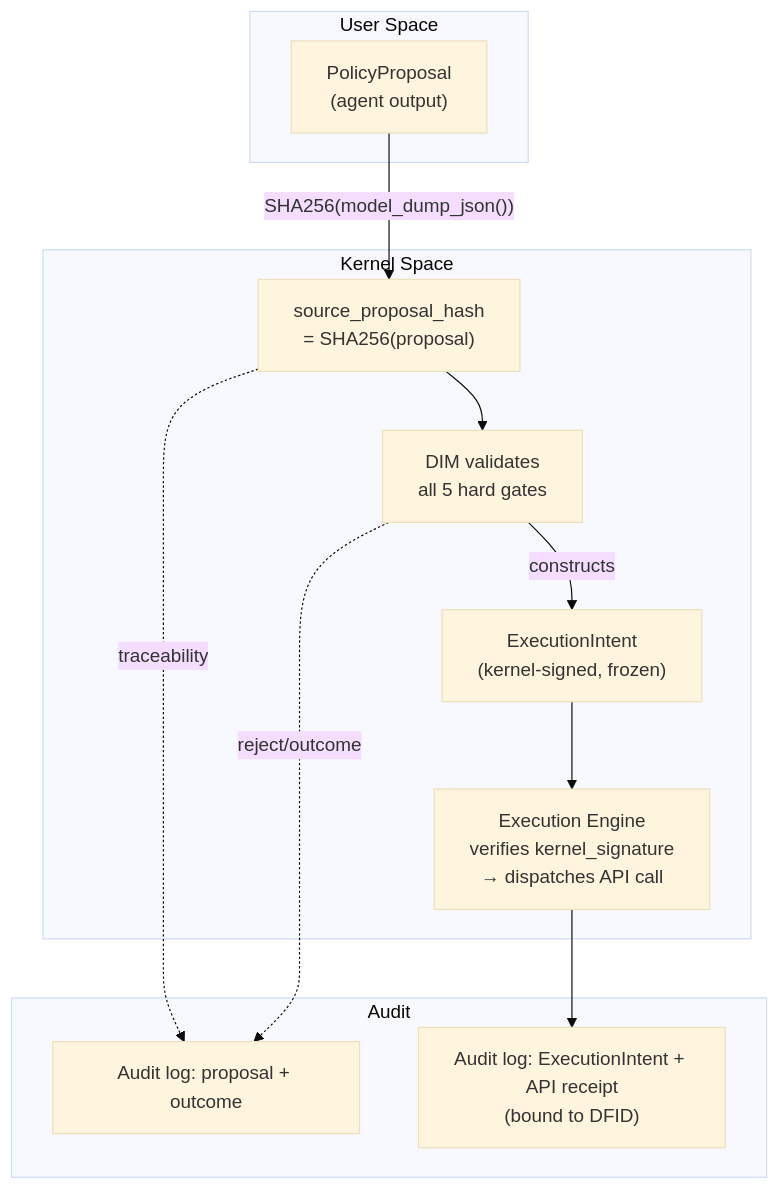
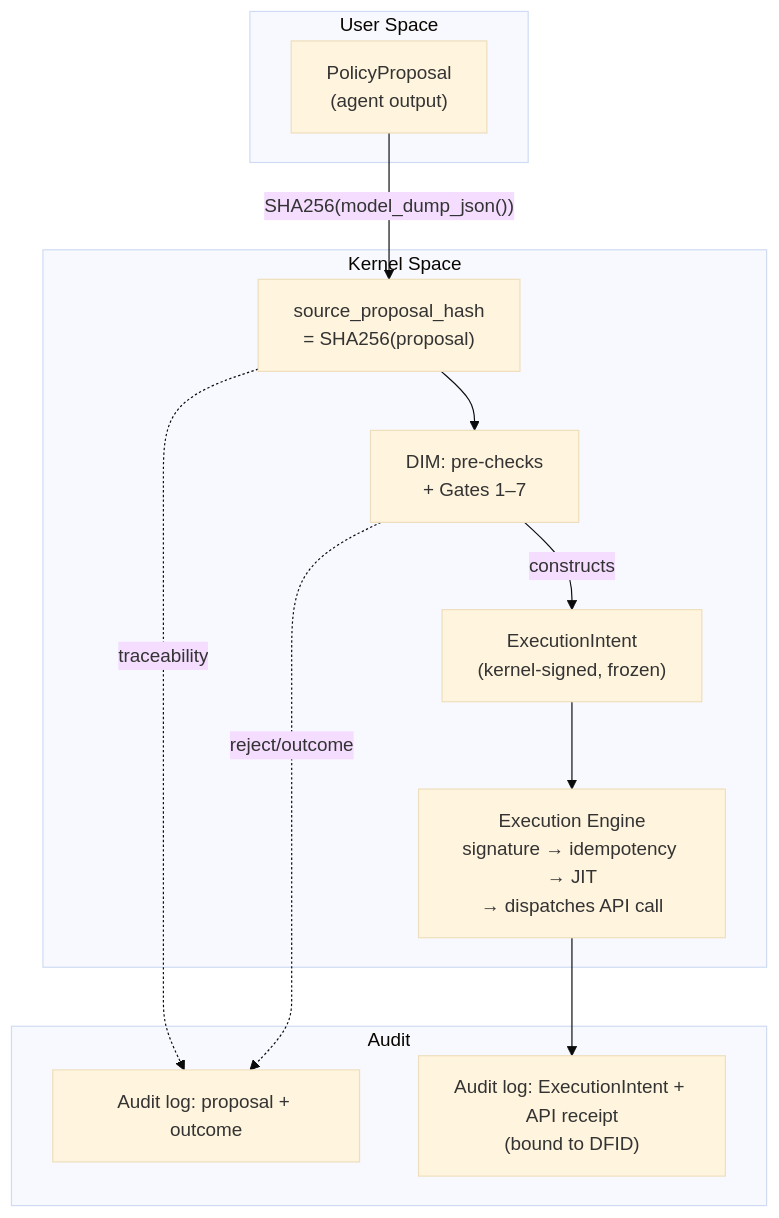
Before and after one commit to huka81/decision-intelligence-runtime: the fifth of 21 diagrams in docs/07-dir-minified/DIR-minified.md, drawn with Mermaid (base theme). The commit also changed other lines of this file and 4 other files, not shown here.

````diff
--- a/docs/07-dir-minified/DIR-minified.md
+++ b/docs/07-dir-minified/DIR-minified.md
@@ -603,26 +640,26 @@
 ```mermaid
 flowchart TB
     subgraph User["User Space"]
         PP["PolicyProposal<br>(agent output)"]
     end
 
     subgraph Kernel["Kernel Space"]
         HASH["source_proposal_hash<br>= SHA256(proposal)"]
-        DIM["DIM validates<br>all 5 hard gates"]
+        DIM["DIM: pre-checks<br>+ Gates 1–7"]
         EI["ExecutionIntent<br>(kernel-signed, frozen)"]
-        EE["Execution Engine<br>verifies kernel_signature<br>→ dispatches API call"]
+        EE["Execution Engine<br>signature → idempotency → JIT<br>→ dispatches API call"]
     end
 
     subgraph Audit["Audit"]
         A1["Audit log: proposal + outcome"]
         A2["Audit log: ExecutionIntent + API receipt<br>(bound to DFID)"]
     end
 
     PP -->|"SHA256(model_dump_json())"| HASH
     HASH --> DIM
     HASH -.->|"traceability"| A1
     DIM -->|"constructs"| EI
     DIM -.->|"reject/outcome"| A1
     EI --> EE
     EE --> A2
 ```
````
